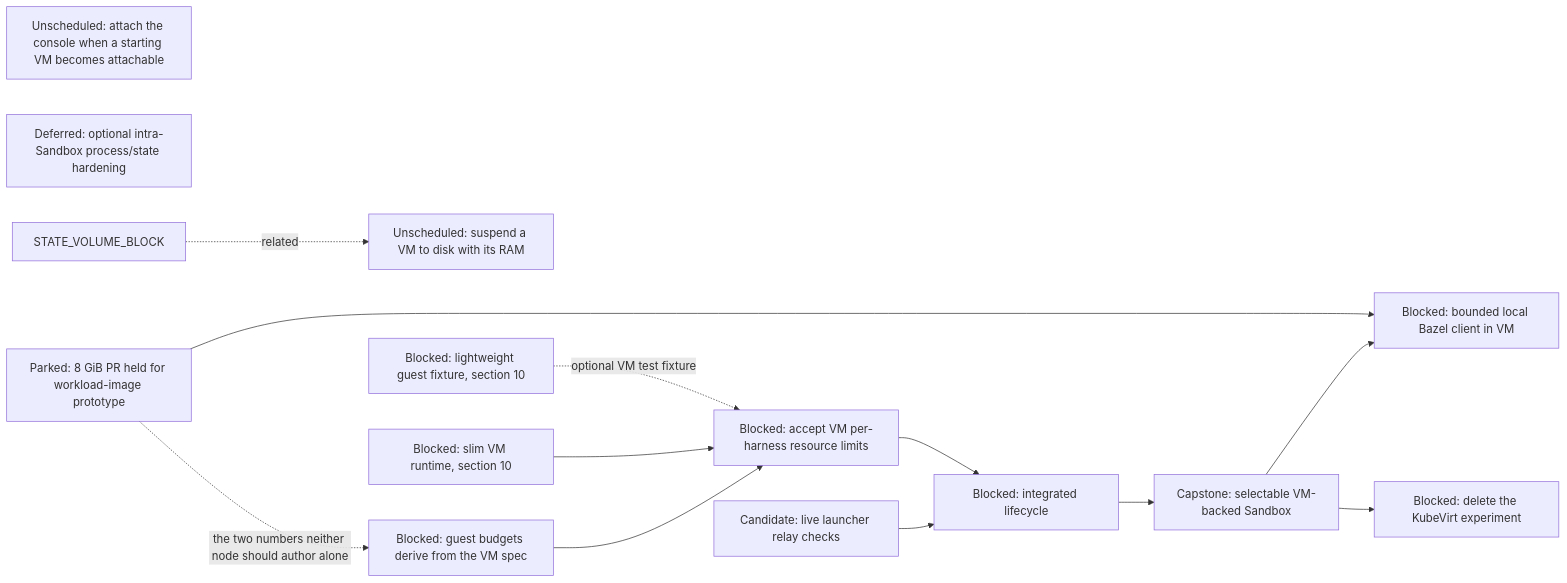
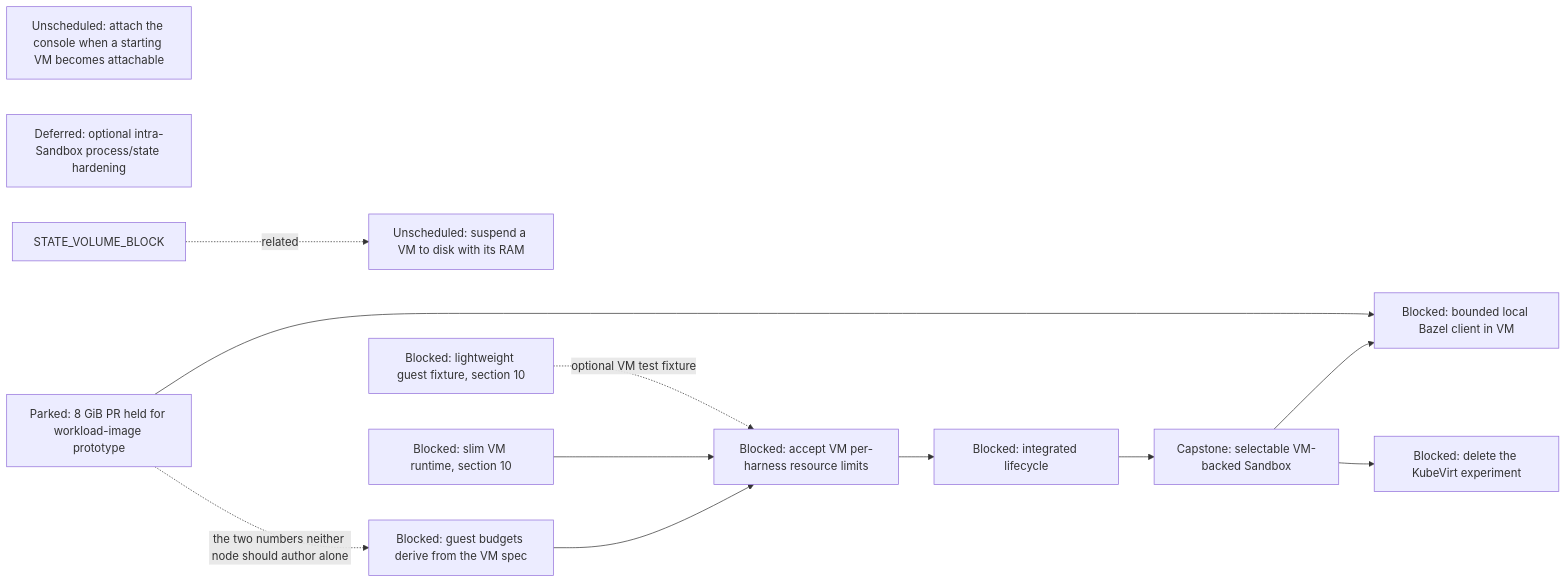
Before and after one commit to agentydragon-agent/ducktape: the sixth of 16 diagrams in agentplane/plans/task_dag.md, drawn with Mermaid. The commit also changed other lines of this file and 4 other files, not shown here.

````diff
--- a/agentplane/plans/task_dag.md
+++ b/agentplane/plans/task_dag.md
@@ -475,24 +475,22 @@
 ```mermaid
 flowchart LR
-    VM_EGRESS[Candidate: live launcher relay checks]
     VM_RAM_SUSPEND[Unscheduled: suspend a VM to disk with its RAM]
     VM_CONSOLE_DEFERRED_ATTACH[Unscheduled: attach the console when a starting VM becomes attachable]
     VM_HARNESS_RESOURCE_LIMITS[Blocked: accept VM per-harness resource limits]
     VM_INTRA_SANDBOX_HARDENING[Deferred: optional intra-Sandbox process/state hardening]
     RUNNER_LAYERING_VM[Blocked: slim VM runtime, section 10]
     K3S_VM_IMAGE[Blocked: lightweight guest fixture, section 10]
     VM_LIFECYCLE[Blocked: integrated lifecycle]
     STATE_VOLUME_BLOCK -. related .-> VM_RAM_SUSPEND
-    VM_EGRESS --> VM_LIFECYCLE
     VM_HARNESS_RESOURCE_LIMITS --> VM_LIFECYCLE
     VM_GUEST_BUDGET_DERIVE --> VM_HARNESS_RESOURCE_LIMITS
     RUNNER_LAYERING_VM --> VM_HARNESS_RESOURCE_LIMITS
     K3S_VM_IMAGE -. optional VM test fixture .-> VM_HARNESS_RESOURCE_LIMITS
     VM_LIFECYCLE --> SANDBOX_VM_ISOLATION[Capstone: selectable VM-backed Sandbox]
     VM_GUEST_MEMORY[Parked: 8 GiB PR held for workload-image prototype]
     VM_GUEST_BUDGET_DERIVE[Blocked: guest budgets derive from the VM spec]
     VM_GUEST_MEMORY -. the two numbers neither node should author alone .-> VM_GUEST_BUDGET_DERIVE
     SANDBOX_VM_ISOLATION --> LOCAL_BAZEL[Blocked: bounded local Bazel client in VM]
     VM_GUEST_MEMORY --> LOCAL_BAZEL
     SANDBOX_VM_ISOLATION --> KUBEVIRT_EXPERIMENT_RETIRE[Blocked: delete the KubeVirt experiment]
 ```
````
